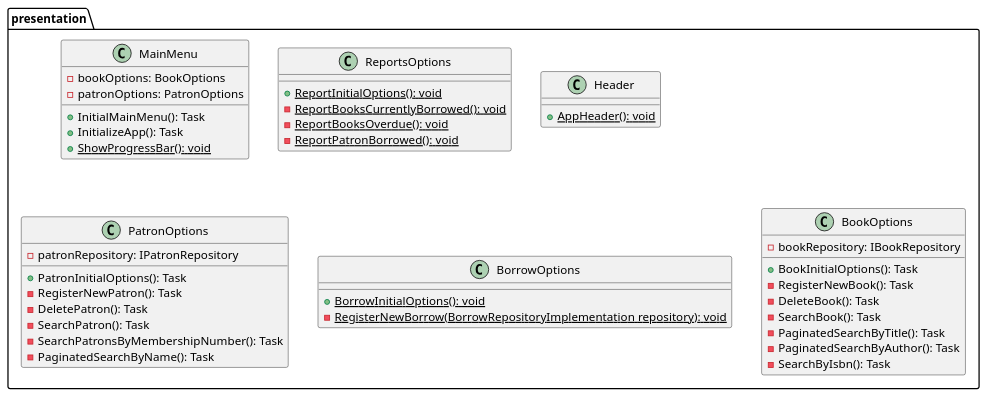
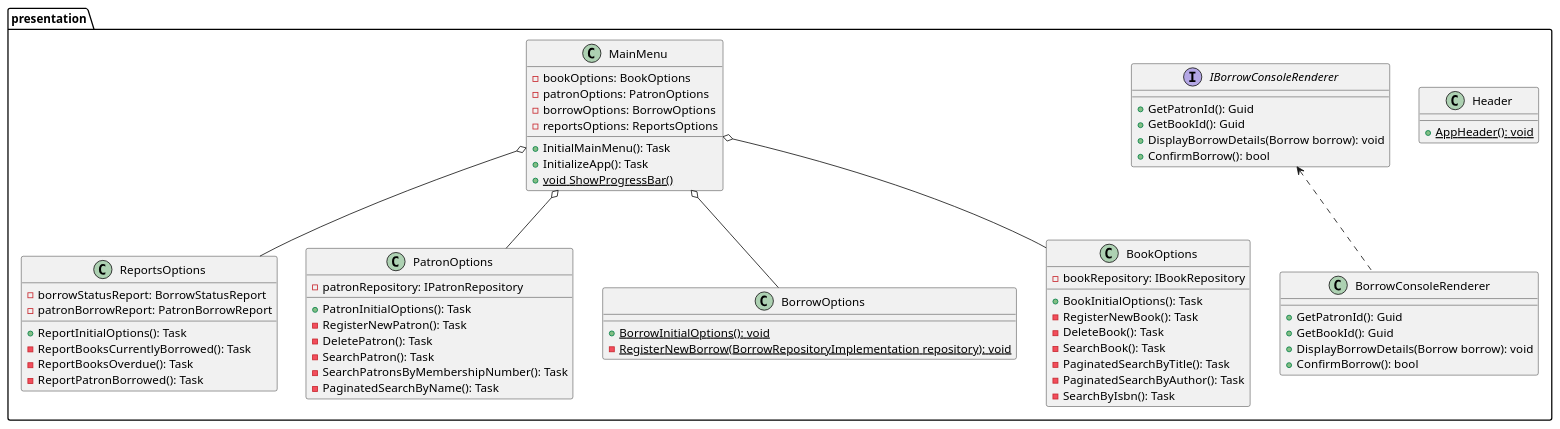
The diagram in system-design/class-diagram/presentation.puml (programacion-6/Opcion1LosBorbotones), drawn with PlantUML before and after one commit. The commit also changed 10 other files, not shown here.

Commit message:
chore: updated class diagram

```diff
--- a/system-design/class-diagram/presentation.puml
+++ b/system-design/class-diagram/presentation.puml
@@ -1,49 +1,71 @@
 @startuml
 package presentation {
-    class MainMenu {
-        - bookOptions: BookOptions
-        - patronOptions: PatronOptions
-        + InitialMainMenu(): Task
-        + InitializeApp(): Task
-        + {static} ShowProgressBar(): void
-    }
-
     class ReportsOptions {
-        + {static} ReportInitialOptions(): void
-        - {static} ReportBooksCurrentlyBorrowed(): void
-        - {static} ReportBooksOverdue(): void
-        - {static} ReportPatronBorrowed(): void
+        - borrowStatusReport: BorrowStatusReport
+        - patronBorrowReport: PatronBorrowReport
+        + ReportInitialOptions(): Task
+        - ReportBooksCurrentlyBorrowed(): Task
+        - ReportBooksOverdue(): Task
+        - ReportPatronBorrowed(): Task
     }
 
     class Header {
         + {static} AppHeader(): void
     }
 
     class PatronOptions {
         - patronRepository: IPatronRepository
         + PatronInitialOptions(): Task
         - RegisterNewPatron(): Task
         - DeletePatron(): Task
         - SearchPatron(): Task
         - SearchPatronsByMembershipNumber(): Task
         - PaginatedSearchByName(): Task
     }
 
     class BorrowOptions {
         + {static} BorrowInitialOptions(): void
         - {static} RegisterNewBorrow(BorrowRepositoryImplementation repository): void
-
     }
 
     class BookOptions {
         - bookRepository: IBookRepository
         + BookInitialOptions(): Task
         - RegisterNewBook(): Task
         - DeleteBook(): Task
         - SearchBook(): Task
         - PaginatedSearchByTitle(): Task
         - PaginatedSearchByAuthor(): Task
         - SearchByIsbn(): Task
     }
+
+    class BorrowConsoleRenderer {
+        + GetPatronId(): Guid
+        + GetBookId(): Guid
+        + DisplayBorrowDetails(Borrow borrow): void
+        + ConfirmBorrow(): bool
+    }
+
+    interface IBorrowConsoleRenderer {
+        + GetPatronId(): Guid
+        + GetBookId(): Guid
+        + DisplayBorrowDetails(Borrow borrow): void
+        + ConfirmBorrow(): bool
+    }
+    IBorrowConsoleRenderer <.. BorrowConsoleRenderer
+
+    class MainMenu {
+        - bookOptions: BookOptions
+        - patronOptions: PatronOptions
+        - borrowOptions: BorrowOptions
+        - reportsOptions: ReportsOptions
+        + InitialMainMenu(): Task
+        + InitializeApp(): Task
+        + {static} void ShowProgressBar()
+    }
+    MainMenu o-- BorrowOptions
+    MainMenu o-- BookOptions
+    MainMenu o-- PatronOptions
+    MainMenu o-- ReportsOptions
 }
 @enduml
```
